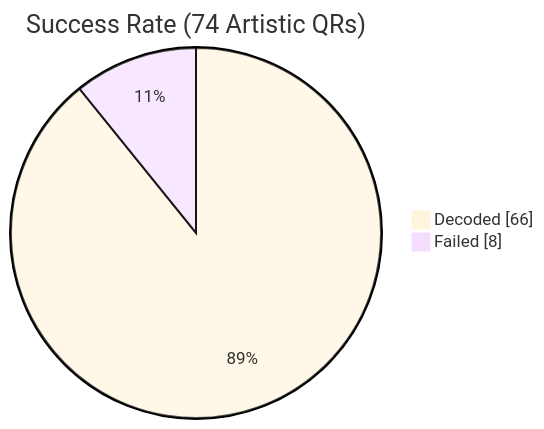
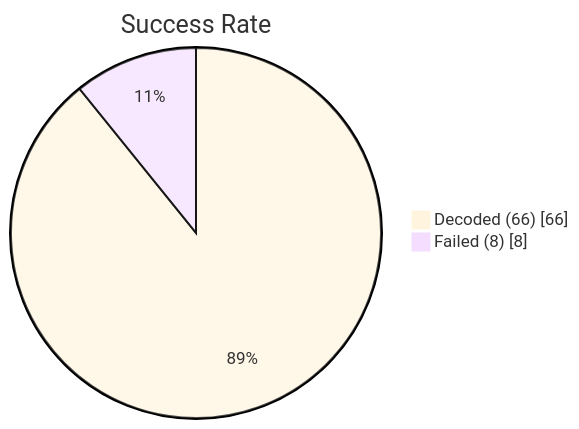
One commit to supernovae-ai/qrai-scanner changed the third of 6 diagrams in README.md. Above: the diagram before and after it, drawn with Mermaid. The commit also changed other lines of this file, not shown here.

````diff
--- a/README.md
+++ b/README.md
@@ -248,9 +207,9 @@
 ```mermaid
 %%{init: {'theme': 'base', 'themeVariables': {'lineColor': '#64748b'}}}%%
 pie showData
     accTitle: Scanner Success Rate
     accDescr: 89.2% of artistic QR codes successfully decoded
-    title Success Rate (74 Artistic QRs)
-    "Decoded" : 66
-    "Failed" : 8
+    title Success Rate
+    "Decoded (66)" : 66
+    "Failed (8)" : 8
 ```
````
